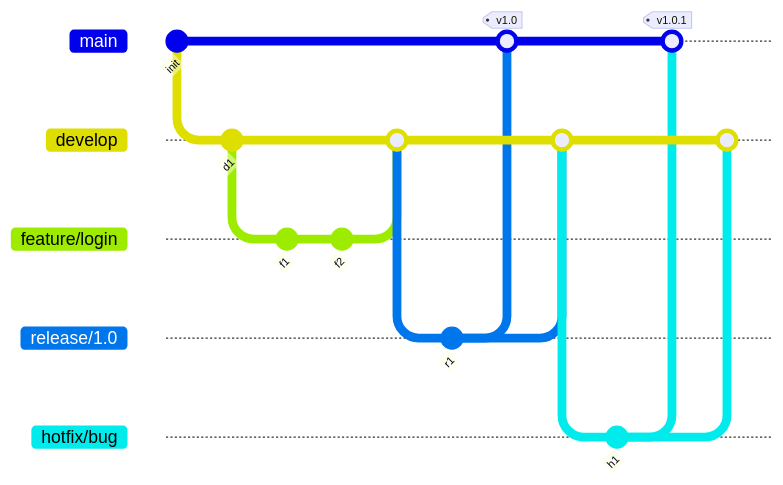
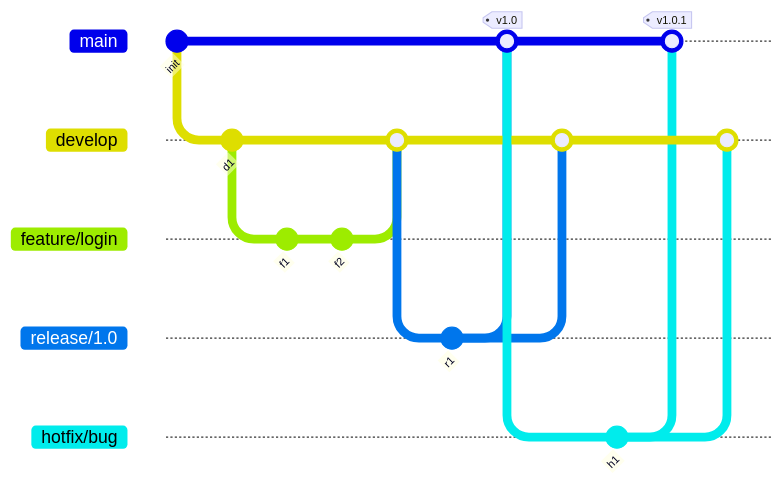
Before and after one commit to Rein-ArXiv/game-dev-curriculum: the eighth of 11 diagrams in git.md, drawn with Mermaid. The commit also changed other lines of this file and 231 other files, not shown here.

````diff
--- a/git.md
+++ b/git.md
@@ -340,23 +341,24 @@
 ```mermaid
 gitGraph
     commit id: "init"
     branch develop
     commit id: "d1"
     branch feature/login
     commit id: "f1"
     commit id: "f2"
     checkout develop
     merge feature/login
     branch release/1.0
     commit id: "r1"
     checkout main
     merge release/1.0 tag: "v1.0"
     checkout develop
     merge release/1.0
+    checkout main
     branch hotfix/bug
     commit id: "h1"
     checkout main
     merge hotfix/bug tag: "v1.0.1"
     checkout develop
     merge hotfix/bug
 ```
````
